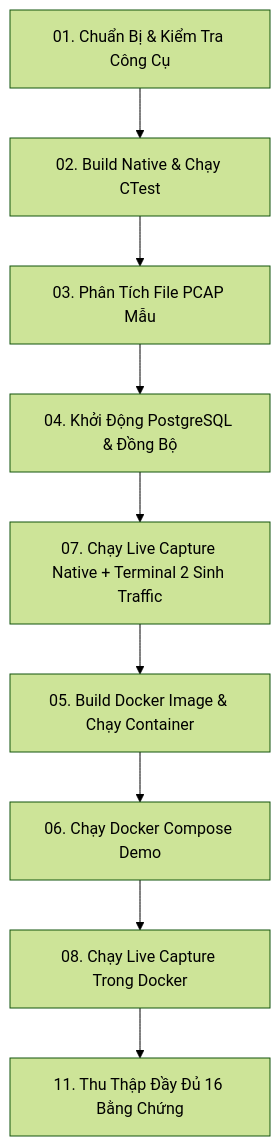
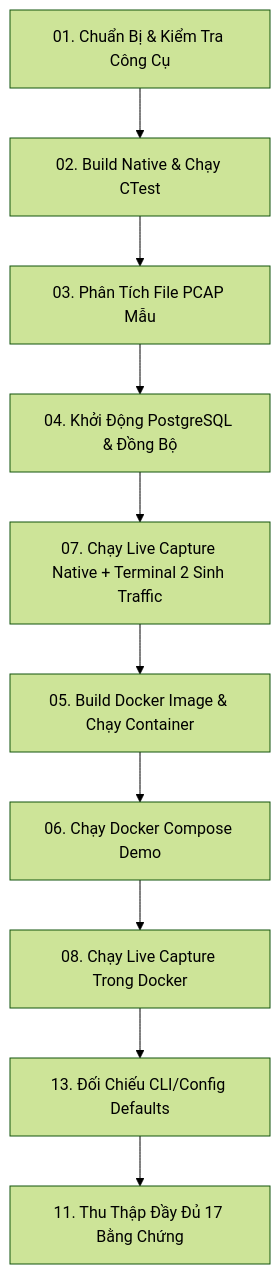
One commit to nhani05/passive-network-asset-discovery-system changed the diagram in docs/build-deploy-demo-guide.md. Above: the diagram before and after it, drawn with Mermaid (forest theme). The commit also changed other lines of this file and 15 other files, not shown here.

Commit message:
docs(demo): document config-driven CLI defaults

````diff
--- a/docs/build-deploy-demo-guide.md
+++ b/docs/build-deploy-demo-guide.md
@@ -32,11 +33,12 @@
 ```mermaid
 graph TD
     A[01. Chuẩn Bị & Kiểm Tra Công Cụ] --> B[02. Build Native & Chạy CTest]
     B --> C[03. Phân Tích File PCAP Mẫu]
     C --> D[04. Khởi Động PostgreSQL & Đồng Bộ]
     D --> E[07. Chạy Live Capture Native + Terminal 2 Sinh Traffic]
     E --> F[05. Build Docker Image & Chạy Container]
     F --> G[06. Chạy Docker Compose Demo]
     G --> H[08. Chạy Live Capture Trong Docker]
-    H --> I[11. Thu Thập Đầy Đủ 16 Bằng Chứng]
+    H --> I[13. Đối Chiếu CLI/Config Defaults]
+    I --> J[11. Thu Thập Đầy Đủ 17 Bằng Chứng]
 ```
````
